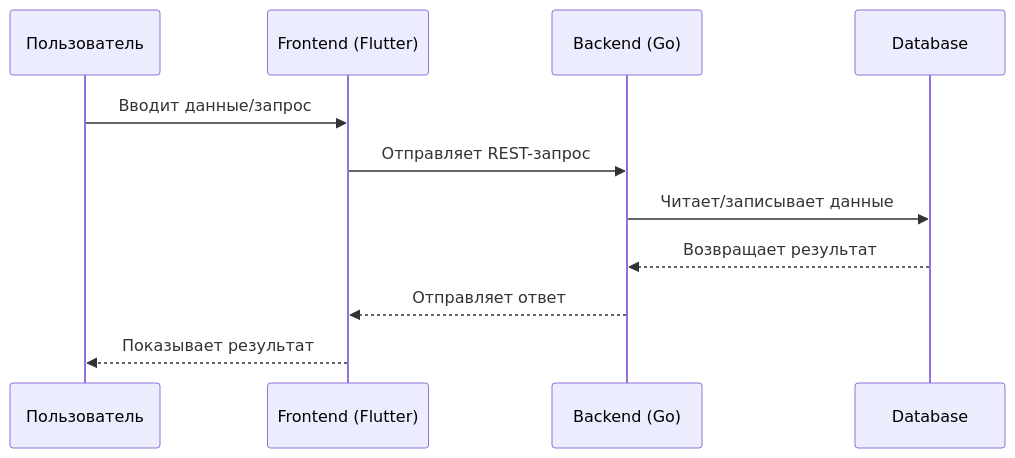
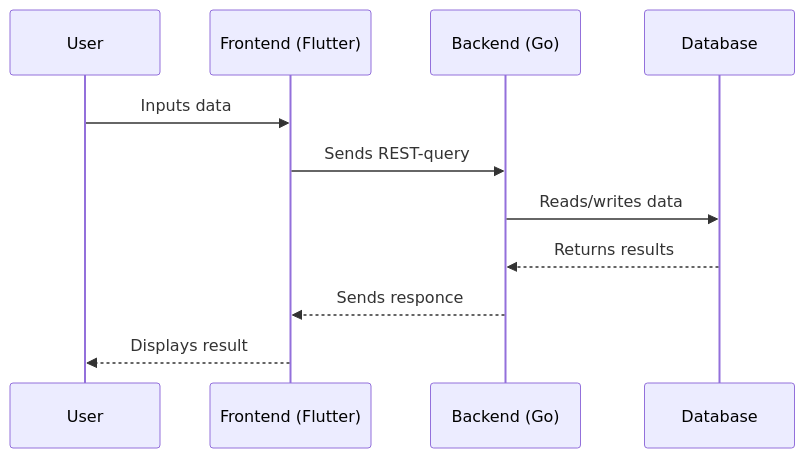
The diagram in doc/architecture/dynamic-view.md (Golang-Flutter-Course-Project/Autotester2inc), drawn with Mermaid before and after one commit.

````diff
--- a/doc/architecture/dynamic-view.md
+++ b/doc/architecture/dynamic-view.md
@@ -4,14 +4,14 @@
 ```mermaid
 sequenceDiagram
-    participant User as Пользователь
+    participant User as User
     participant FE as Frontend (Flutter)
     participant API as Backend (Go)
     participant DB as Database
 
-    User->>FE: Вводит данные/запрос
-    FE->>API: Отправляет REST-запрос
-    API->>DB: Читает/записывает данные
-    DB-->>API: Возвращает результат
-    API-->>FE: Отправляет ответ
-    FE-->>User: Показывает результат
+    User->>FE: Inputs data
+    FE->>API: Sends REST-query
+    API->>DB: Reads/writes data
+    DB-->>API: Returns results
+    API-->>FE: Sends responce
+    FE-->>User: Displays result
 ```
````
